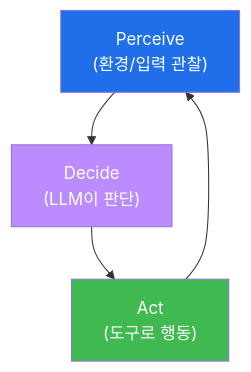
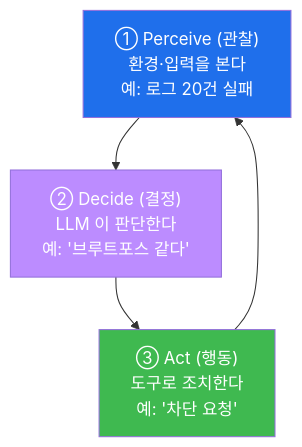
One commit to mrgrit/tw2 changed the first of 10 diagrams in contents/training/aisec/lecture_week01.md. Above: the diagram before and after it, drawn with Mermaid. The commit also changed other lines of this file and 304 other files, not shown here.

````diff
--- a/contents/training/aisec/lecture_week01.md
+++ b/contents/training/aisec/lecture_week01.md
@@ -53,9 +126,9 @@
 ```mermaid
 graph TD
-    P["Perceive<br/>(환경/입력 관찰)"] --> D["Decide<br/>(LLM이 판단)"]
-    D --> A["Act<br/>(도구로 행동)"]
+    P["① Perceive (관찰)<br/>환경·입력을 본다<br/>예: 로그 20건 실패"] --> D["② Decide (결정)<br/>LLM 이 판단한다<br/>예: '브루트포스 같다'"]
+    D --> A["③ Act (행동)<br/>도구로 조치한다<br/>예: '차단 요청'"]
     A --> P
     style P fill:#1f6feb,color:#fff
     style D fill:#bc8cff,color:#fff
     style A fill:#3fb950,color:#fff
 ```
````
